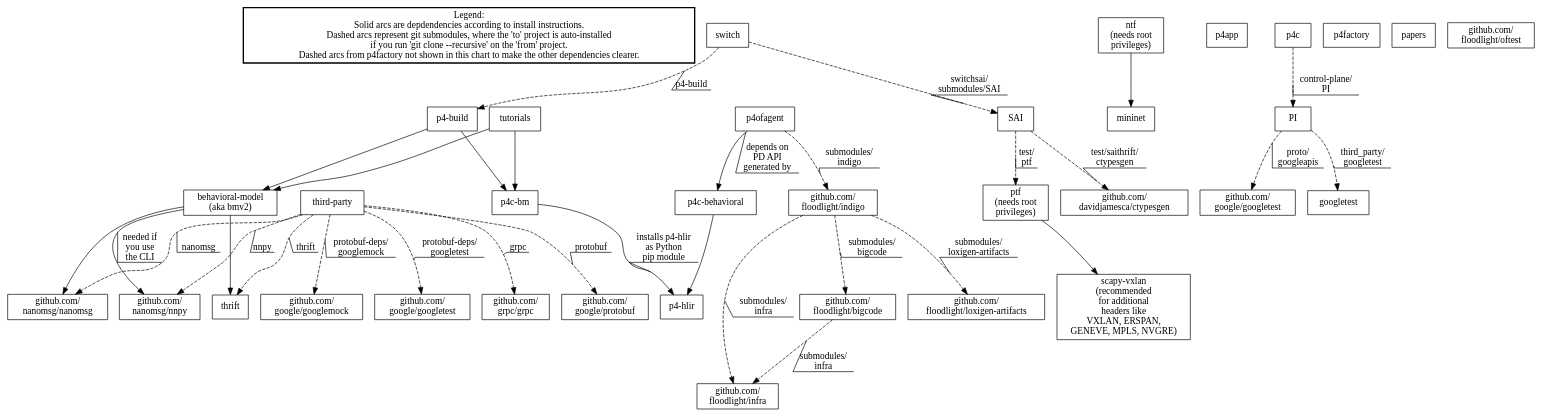
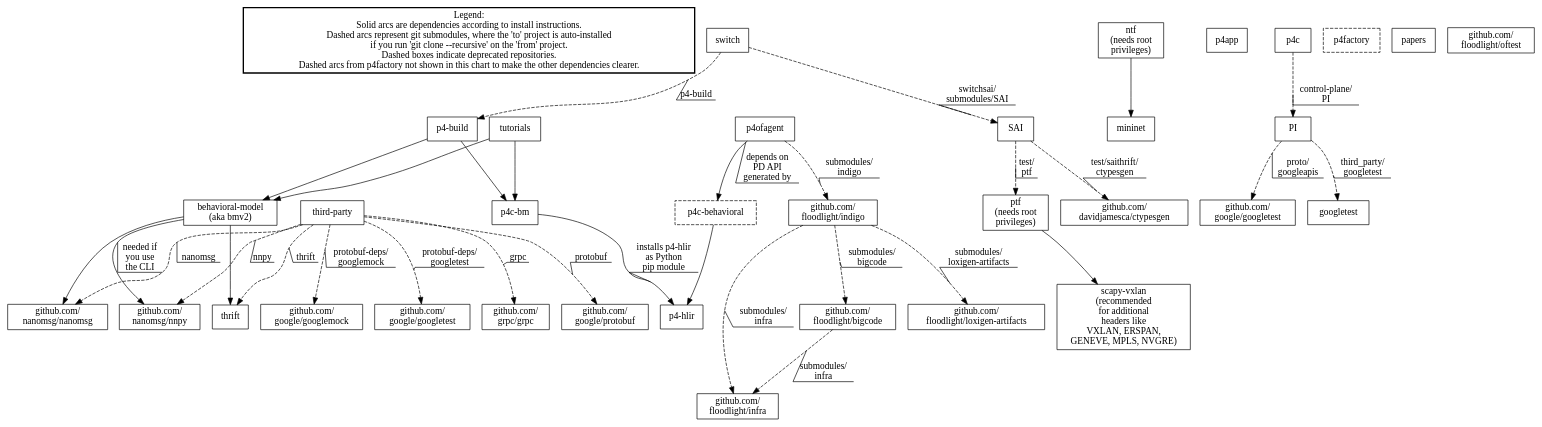
The diagram in dependencies.dot (jafingerhut/p4-guide), drawn with Graphviz before and after one commit. The commit also changed 2 other files, not shown here.

Commit message:
Mark p4factory and p4c-behavioral as deprecated in dependencies.dot

```diff
--- a/dependencies.dot
+++ b/dependencies.dot
@@ -1,106 +1,106 @@
 digraph p4_dependencies {
 
     node [shape = box];
 
     // My hack for providing a kind of 'legend' for the drawing.
     // There is likely a better way than this.
-    legen [label="Legend:\nSolid arcs are depdendencies according to install instructions.\nDashed arcs represent git submodules, where the 'to' project is auto-installed\nif you run 'git clone --recursive' on the 'from' project.\nDashed arcs from p4factory not shown in this chart to make the other dependencies clearer." style=bold];
+    legen [label="Legend:\nSolid arcs are dependencies according to install instructions.\nDashed arcs represent git submodules, where the 'to' project is auto-installed\nif you run 'git clone --recursive' on the 'from' project.\nDashed boxes indicate deprecated repositories.\nDashed arcs from p4factory not shown in this chart to make the other dependencies clearer." style=bold];
 
     // All nodes, with labels, for p4lang repositories
     behavioral_model [label="behavioral-model\n(aka bmv2)"];
     mininet [label="mininet"];
     ntf [label="ntf\n(needs root\nprivileges)"];
     p4_build [label="p4-build"];
     p4_hlir [label="p4-hlir"];
     p4app [label="p4app"];
     p4c [label="p4c"];
-    p4c_behavioral [label="p4c-behavioral"];
+    p4c_behavioral [label="p4c-behavioral" style=dashed];
     p4c_bm [label="p4c-bm"];
-    p4factory [label="p4factory"];
+    p4factory [label="p4factory" style=dashed];
     p4ofagent [label="p4ofagent"];
     papers [label="papers"];
     PI [label="PI"];
     ptf [label="ptf\n(needs root\nprivileges)"];
     SAI [label="SAI"];
     scapy_vxlan [label="scapy-vxlan\n(recommended\nfor additional\nheaders like\nVXLAN, ERSPAN,\nGENEVE, MPLS, NVGRE)"];
     switch [label="switch"];
     third_party [label="third-party"];
     thrift [label="thrift"];
     tutorials [label="tutorials"];
 
     // All nodes, with labels, for non-p4lang repositories
     grpc [label="github.com/\ngrpc/grpc"];
     nanomsg [label="github.com/\nnanomsg/nanomsg"];
     nnpy [label="github.com/\nnanomsg/nnpy"];
     protobuf [label="github.com/\ngoogle/protobuf"];
     googlemock_for_protobuf [label="github.com/\ngoogle/googlemock"];
     googletest_for_protobuf [label="github.com/\ngoogle/googletest"];
     floodlight_oftest [label="github.com/\nfloodlight/oftest"];
     floodlight_indigo [label="github.com/\nfloodlight/indigo"];
     floodlight_bigcode [label="github.com/\nfloodlight/bigcode"];
     floodlight_infra [label="github.com/\nfloodlight/infra"];
     floodlight_loxigen_artifacts [label="github.com/\nfloodlight/loxigen-artifacts"];
     googleapis [label="github.com/\ngoogleapis/googleapis"];
     googleapis [label="github.com/\ngoogle/googletest"];
     davidjamesca_ctypesgen [label="github.com/\ndavidjamesca/ctypesgen"];
 
 
     ////////////////////////////////////////////////////////////////
     // Dependencies
     ////////////////////////////////////////////////////////////////
 
     behavioral_model -> thrift;
     behavioral_model -> nanomsg;
     behavioral_model -> nnpy [label="needed if\nyou use\nthe CLI" decorate=true];
 
     ntf -> mininet;
 
     p4_build -> behavioral_model;
     p4_build -> p4c_bm;
 
     p4c -> PI [label="control-plane/\nPI" decorate=true style=dashed];
 
     PI -> googleapis [label="proto/\ngoogleapis" decorate=true style=dashed];
     PI -> googletest [label="third_party/\ngoogletest" decorate=true style=dashed];
 
     p4c_behavioral -> p4_hlir;
 
     p4c_bm -> p4_hlir [label="installs p4-hlir\nas Python\npip module" decorate=true];
 
 //    p4factory -> behavioral_model [label="submodules/\nbm" decorate=true style=dashed];
 //    p4factory -> floodlight_oftest [label="submodules/\noftest" decorate=true style=dashed];
 //    p4factory -> p4_build [label="submodules/\np4-build" decorate=true style=dashed];
 //    p4factory -> p4c_behavioral [label="submodules/\np4c-behavioral" decorate=true style=dashed];
 //    p4factory -> p4c_bm [label="submodules/\np4c-bm" decorate=true style=dashed];
 //    p4factory -> p4ofagent [label="submodules/\np4ofagent" decorate=true style=dashed];
 //    p4factory -> ptf [label="submodules/\nptf" decorate=true style=dashed];
 //    p4factory -> switch [label="submodules/\nswitch" decorate=true style=dashed];
 
     p4ofagent -> p4c_behavioral [label="depends on\nPD API\ngenerated by" decorate=true];
     p4ofagent -> floodlight_indigo [label="submodules/\nindigo" decorate=true style=dashed];
 
     floodlight_indigo -> floodlight_bigcode [label="submodules/\nbigcode" decorate=true style=dashed];
     floodlight_indigo -> floodlight_infra [label="submodules/\ninfra" decorate=true style=dashed];
     floodlight_indigo -> floodlight_loxigen_artifacts [label="submodules/\nloxigen-artifacts" decorate=true style=dashed];
     
     floodlight_bigcode -> floodlight_infra [label="submodules/\ninfra" decorate=true style=dashed];
 
     ptf -> scapy_vxlan;
 
     SAI -> ptf [label="test/\nptf" decorate=true style=dashed];
     SAI -> davidjamesca_ctypesgen [label="test/saithrift/\nctypesgen" decorate=true style=dashed];
 
     switch -> p4_build [label="p4-build" decorate=true style=dashed];
     switch -> SAI [label="switchsai/\nsubmodules/SAI" decorate=true style=dashed];
 
     third_party -> grpc [label="grpc" decorate=true style=dashed];
     third_party -> nanomsg [label="nanomsg" decorate=true style=dashed];
     third_party -> nnpy [label="nnpy" decorate=true style=dashed];
     third_party -> protobuf [label="protobuf" decorate=true style=dashed];
     third_party -> googlemock_for_protobuf [label="protobuf-deps/\ngooglemock" decorate=true style=dashed];
     third_party -> googletest_for_protobuf [label="protobuf-deps/\ngoogletest" decorate=true style=dashed];
     third_party -> thrift [label="thrift" decorate=true style=dashed];
 
     tutorials -> behavioral_model;
     tutorials -> p4c_bm;
 }
```
